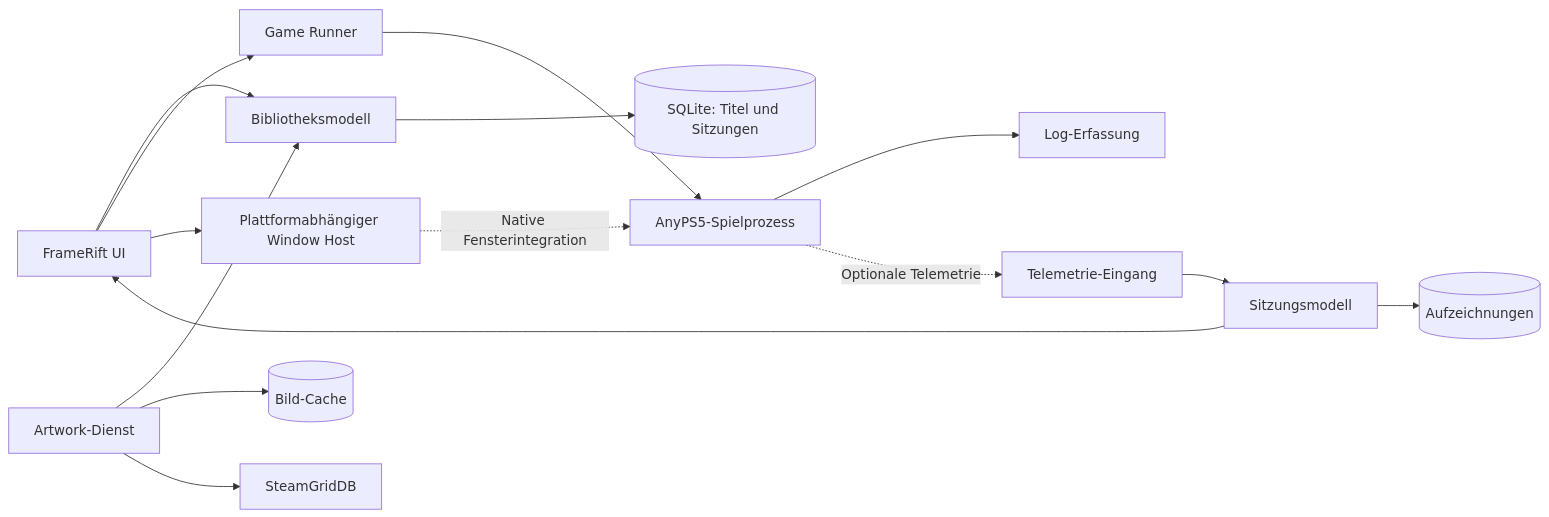
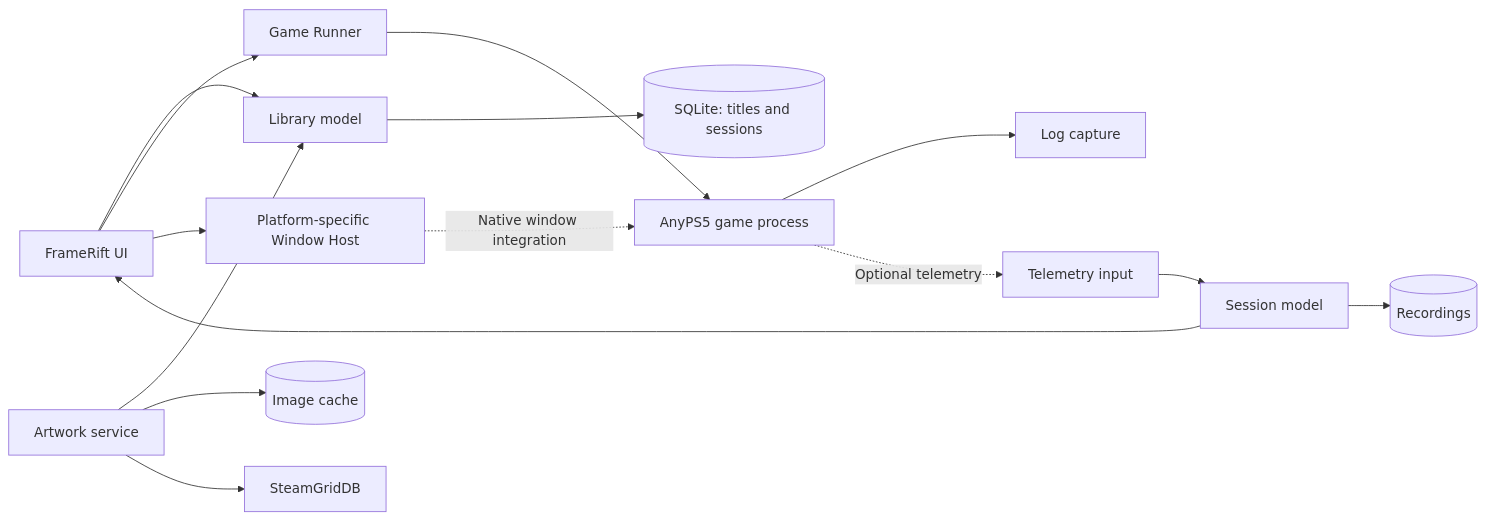
The diagram in docs/architecture.md (MichalSy/FrameRift), drawn with Mermaid before and after one commit. The commit also changed other lines of this file and 26 other files, not shown here.

````diff
--- a/docs/architecture.md
+++ b/docs/architecture.md
@@ -23,17 +35,17 @@
 ```mermaid
 flowchart LR
-    UI[FrameRift UI] --> LIB[Bibliotheksmodell]
-    LIB --> DB[(SQLite: Titel und Sitzungen)]
+    UI[FrameRift UI] --> LIB[Library model]
+    LIB --> DB[(SQLite: titles and sessions)]
     UI --> RUN[Game Runner]
-    RUN --> GAME[AnyPS5-Spielprozess]
-    UI --> HOST[Plattformabhängiger Window Host]
-    HOST -. Native Fensterintegration .-> GAME
-    GAME --> LOGS[Log-Erfassung]
-    GAME -. Optionale Telemetrie .-> INGEST[Telemetrie-Eingang]
-    INGEST --> SESSION[Sitzungsmodell]
+    RUN --> GAME[AnyPS5 game process]
+    UI --> HOST[Platform-specific Window Host]
+    HOST -. Native window integration .-> GAME
+    GAME --> LOGS[Log capture]
+    GAME -. Optional telemetry .-> INGEST[Telemetry input]
+    INGEST --> SESSION[Session model]
     SESSION --> UI
-    SESSION --> CAPTURE[(Aufzeichnungen)]
-    ART[Artwork-Dienst] --> LIB
-    ART --> CACHE[(Bild-Cache)]
+    SESSION --> CAPTURE[(Recordings)]
+    ART[Artwork service] --> LIB
+    ART --> CACHE[(Image cache)]
     ART --> SGDB[SteamGridDB]
 ```
````
